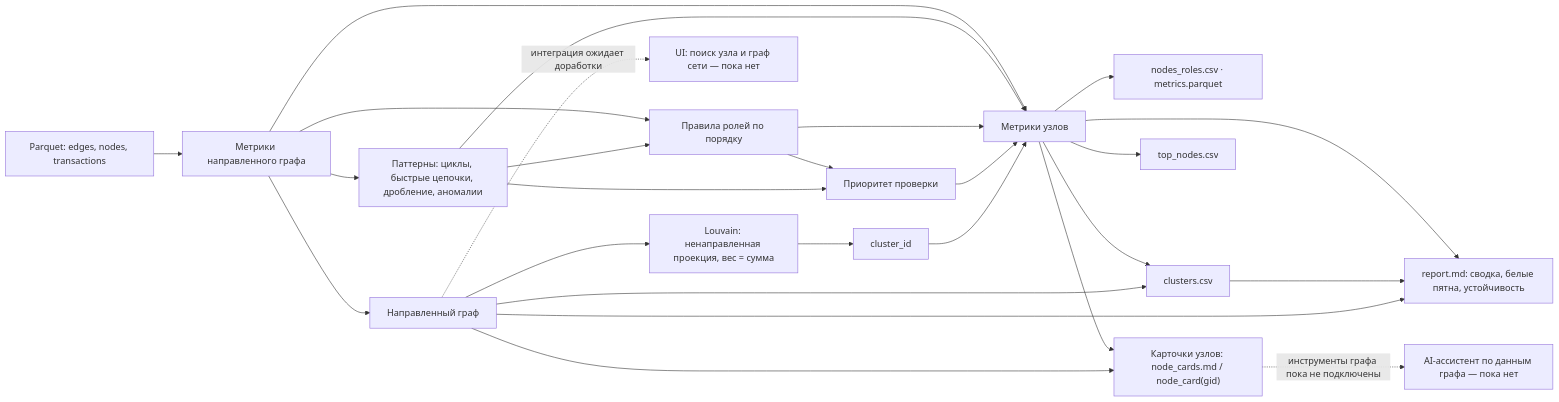
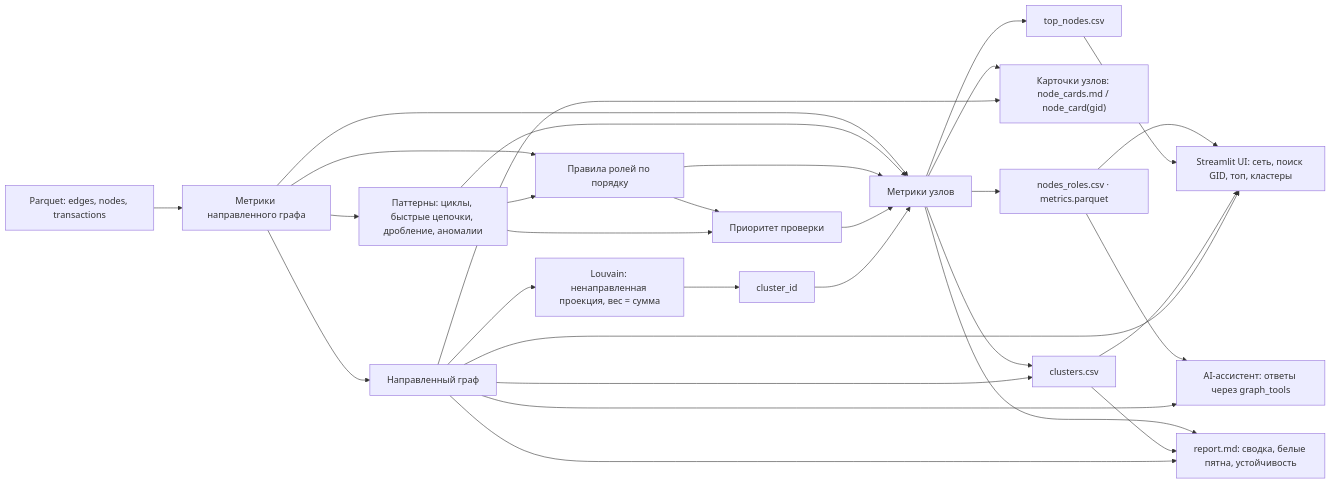
Before and after one commit to BAITC-Hacks/hack-15548459-hackathon-barni: the diagram in docs/architecture.md, drawn with Mermaid. The commit also changed other lines of this file, not shown here.

Commit message:
Docs: reflect integrated graph UI and tools

````diff
--- a/docs/architecture.md
+++ b/docs/architecture.md
@@ -3,28 +3,32 @@
 ```mermaid
 flowchart LR
     I["Parquet: edges, nodes, transactions"] --> M["Метрики направленного графа"]
     M --> P["Паттерны: циклы, быстрые цепочки, дробление, аномалии"]
     M --> R["Правила ролей по порядку"]
     P --> R
     R --> Q["Приоритет проверки"]
     P --> Q
     M --> G["Направленный граф"]
     G --> L["Louvain: ненаправленная проекция, вес = сумма"]
     L --> J["cluster_id"]
     M --> N["Метрики узлов"]
     P --> N
     R --> N
     Q --> N
     J --> N
     N --> O["nodes_roles.csv · metrics.parquet"]
     N --> C["Карточки узлов: node_cards.md / node_card(gid)"]
     G --> C
     N --> T["top_nodes.csv"]
     N --> S["clusters.csv"]
     N --> W["report.md: сводка, белые пятна, устойчивость"]
     S --> W
     G --> S
     G --> W
-    G -. "интеграция ожидает доработки" .-> U["UI: поиск узла и граф сети — пока нет"]
-    C -. "инструменты графа пока не подключены" .-> A["AI-ассистент по данным графа — пока нет"]
+    O --> U["Streamlit UI: сеть, поиск GID, топ, кластеры"]
+    T --> U
+    S --> U
+    G --> U
+    O --> A["AI-ассистент: ответы через graph_tools"]
+    G --> A
 ```
````
